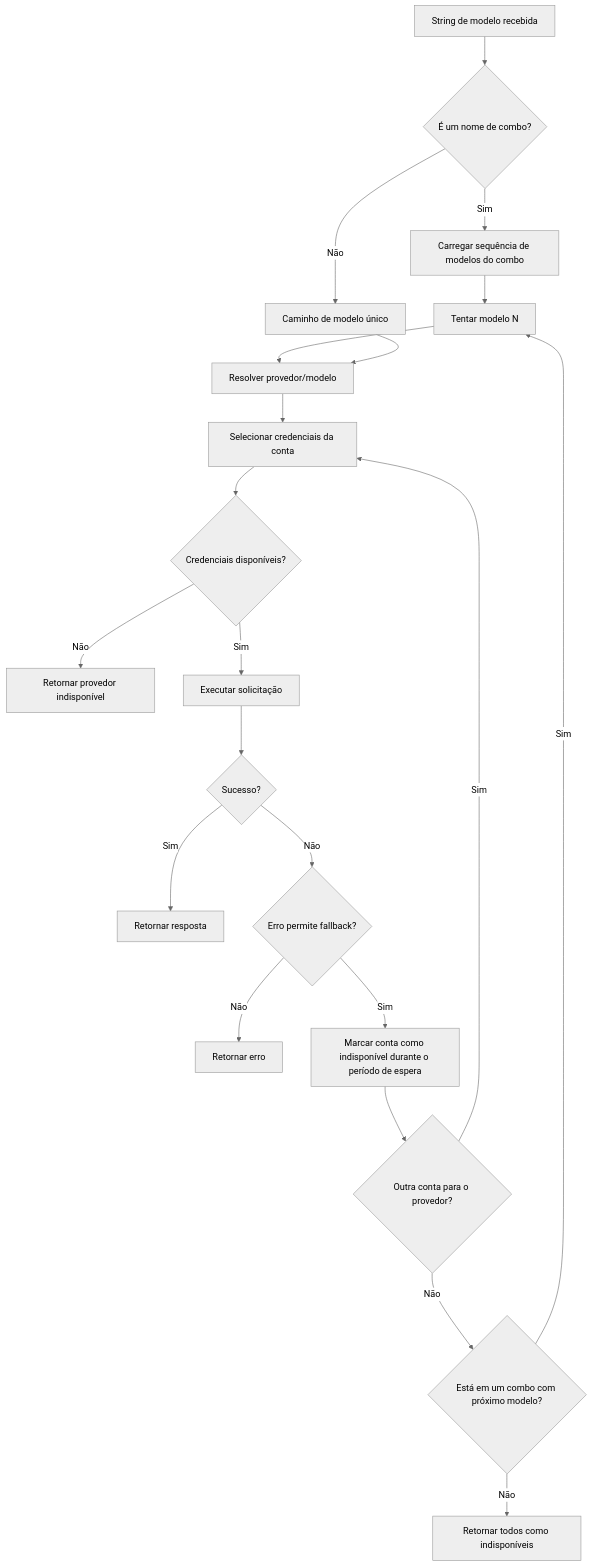
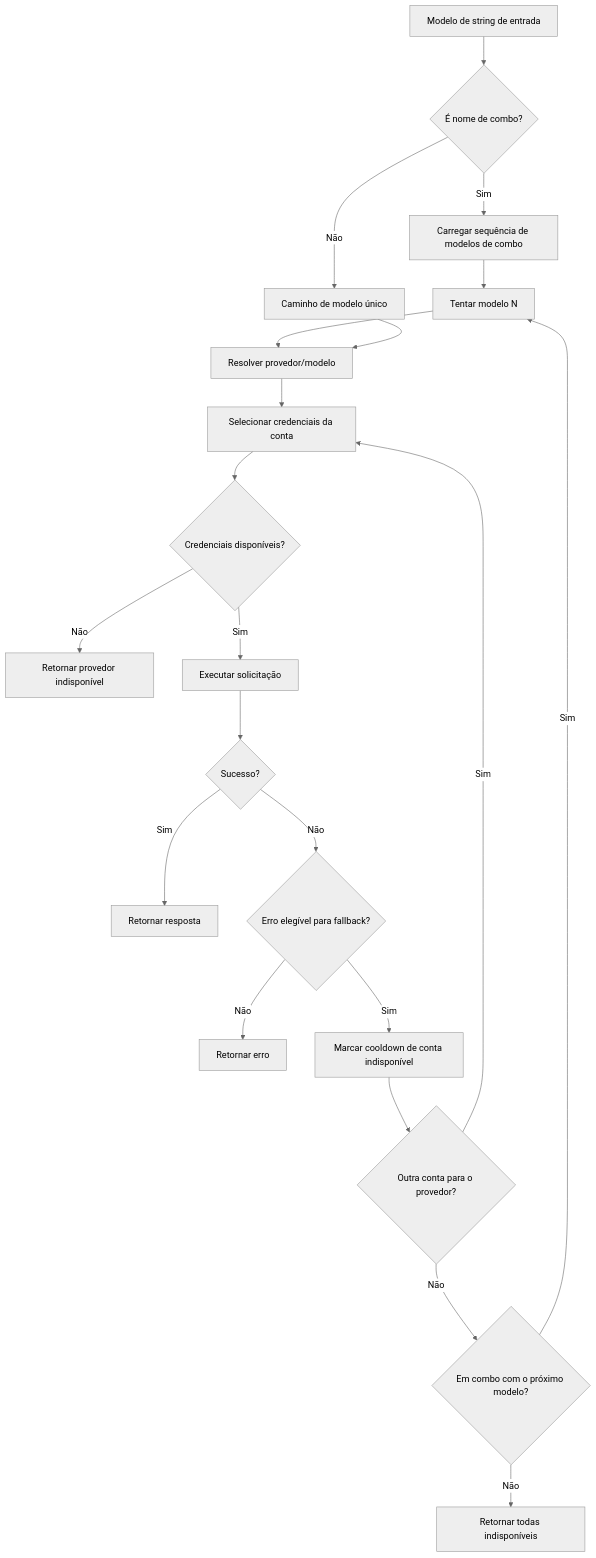
Before and after one commit to niyatna/NiyatnaRoute: the third of 7 diagrams in docs/i18n/pt-BR/docs/architecture/ARCHITECTURE.md, drawn with Mermaid (neutral theme). The commit also changed other lines of this file and 2447 other files, not shown here.

````diff
--- a/docs/i18n/pt-BR/docs/architecture/ARCHITECTURE.md
+++ b/docs/i18n/pt-BR/docs/architecture/ARCHITECTURE.md
@@ -607,27 +582,27 @@
 ```mermaid
 flowchart TD
-    A[String de modelo recebida] --> B{É um nome de combo?}
-    B -- Sim --> C[Carregar sequência de modelos do combo]
+    A[Modelo de string de entrada] --> B{É nome de combo?}
+    B -- Sim --> C[Carregar sequência de modelos de combo]
     B -- Não --> D[Caminho de modelo único]
 
     C --> E[Tentar modelo N]
     E --> F[Resolver provedor/modelo]
     D --> F
 
     F --> G[Selecionar credenciais da conta]
     G --> H{Credenciais disponíveis?}
     H -- Não --> I[Retornar provedor indisponível]
     H -- Sim --> J[Executar solicitação]
 
     J --> K{Sucesso?}
     K -- Sim --> L[Retornar resposta]
-    K -- Não --> M{Erro permite fallback?}
+    K -- Não --> M{Erro elegível para fallback?}
 
     M -- Não --> N[Retornar erro]
-    M -- Sim --> O[Marcar conta como indisponível durante o período de espera]
+    M -- Sim --> O[Marcar cooldown de conta indisponível]
     O --> P{Outra conta para o provedor?}
     P -- Sim --> G
-    P -- Não --> Q{Está em um combo com próximo modelo?}
+    P -- Não --> Q{Em combo com o próximo modelo?}
     Q -- Sim --> E
-    Q -- Não --> R[Retornar todos como indisponíveis]
+    Q -- Não --> R[Retornar todas indisponíveis]
 ```
````
